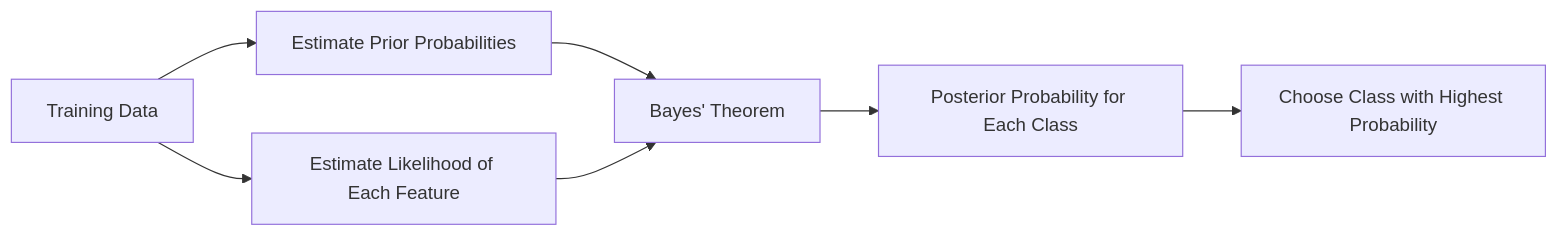
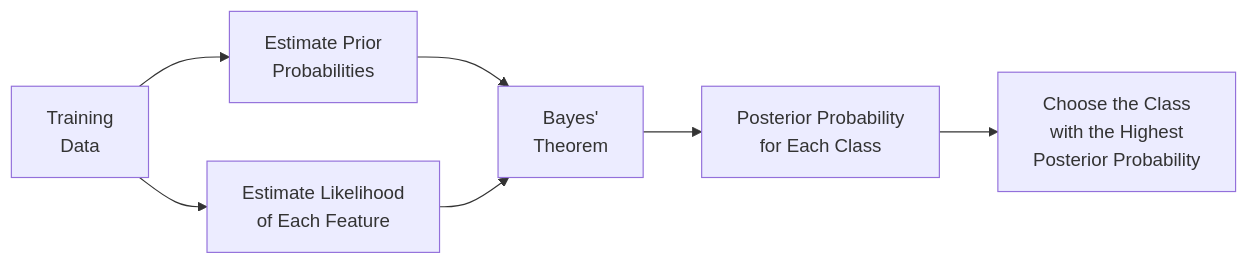
The diagram in chapters/chapter08.qmd (jflorez-giraldo/MachineLearningNotes), drawn with Mermaid before and after one commit. The commit also changed other lines of this file and 7 other files, not shown here.

````diff
--- a/chapters/chapter08.qmd
+++ b/chapters/chapter08.qmd
@@ -46,18 +204,18 @@
 ```{mermaid}
 %%| echo: false
 
 flowchart LR
 
-A["Training Data"]
+A["Training<br>Data"]
 
-A --> B["Estimate Prior Probabilities"]
+A --> B["Estimate Prior<br>Probabilities"]
 
-A --> C["Estimate Likelihood of Each Feature"]
+A --> C["Estimate Likelihood<br>of Each Feature"]
 
-B --> D["Bayes' Theorem"]
+B --> D["Bayes'<br>Theorem"]
 C --> D
 
-D --> E["Posterior Probability for Each Class"]
+D --> E["Posterior Probability<br>for Each Class"]
 
-E --> F["Choose Class with Highest Probability"]
+E --> F["Choose the Class<br>with the Highest<br>Posterior Probability"]
 ```
````
